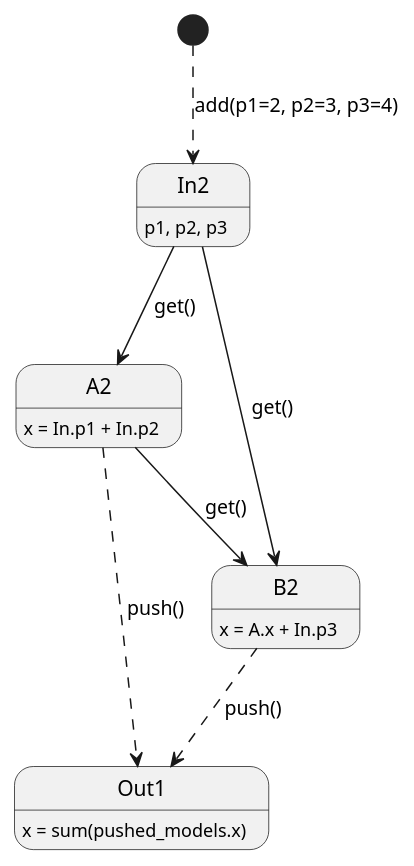
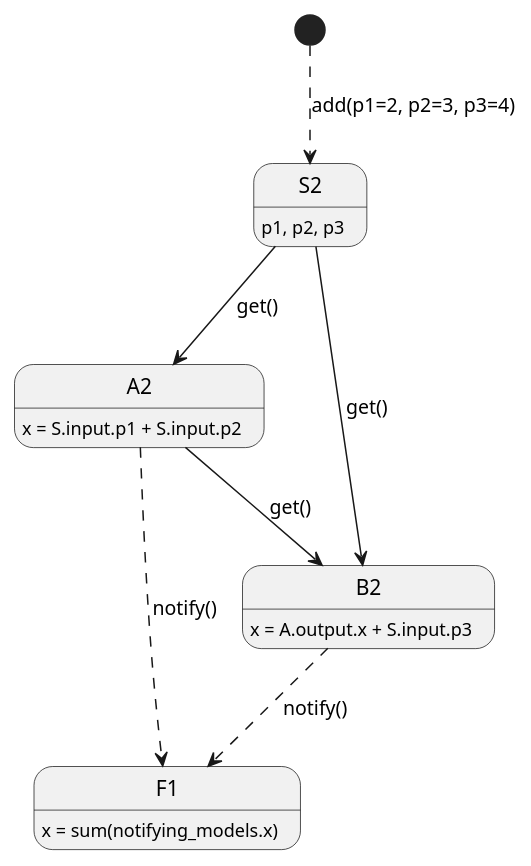
The diagram in docs/test_4.puml (PeterKanderholm/mdrunner), drawn with PlantUML before and after one commit. The commit also changed 26 other files, not shown here.

```diff
--- a/docs/test_4.puml
+++ b/docs/test_4.puml
@@ -1,17 +1,17 @@
 @startuml
-[*] -[dashed]-> In2 : add(p1=2, p2=3, p3=4)
+[*] -[dashed]-> S2 : add(p1=2, p2=3, p3=4)
 
-In2 --> A2 : get()
-In2 --> B2 : get()
+S2 --> A2 : get()
+S2 --> B2 : get()
 
 A2 --> B2 : get()
-A2 -[dashed]-> Out1 : push()
+A2 -[dashed]-> F1 : notify()
 
-B2 -[dashed]-> Out1 : push()
+B2 -[dashed]-> F1 : notify()
 
-In2 : p1, p2, p3
-A2 : x = In.p1 + In.p2
-B2 : x = A.x + In.p3
-Out1: x = sum(pushed_models.x)
+S2 : p1, p2, p3
+A2 : x = S.input.p1 + S.input.p2
+B2 : x = A.output.x + S.input.p3
+F1: x = sum(notifying_models.x)
 
 @enduml
```
